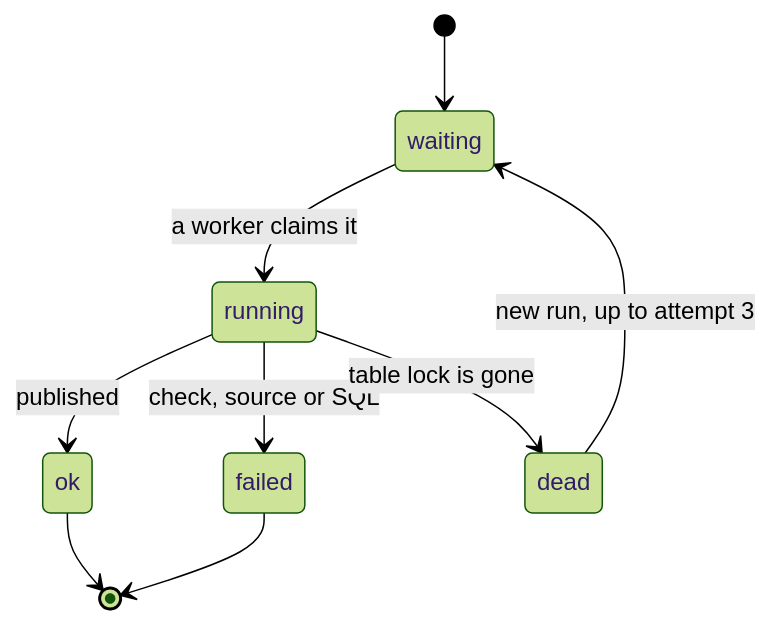
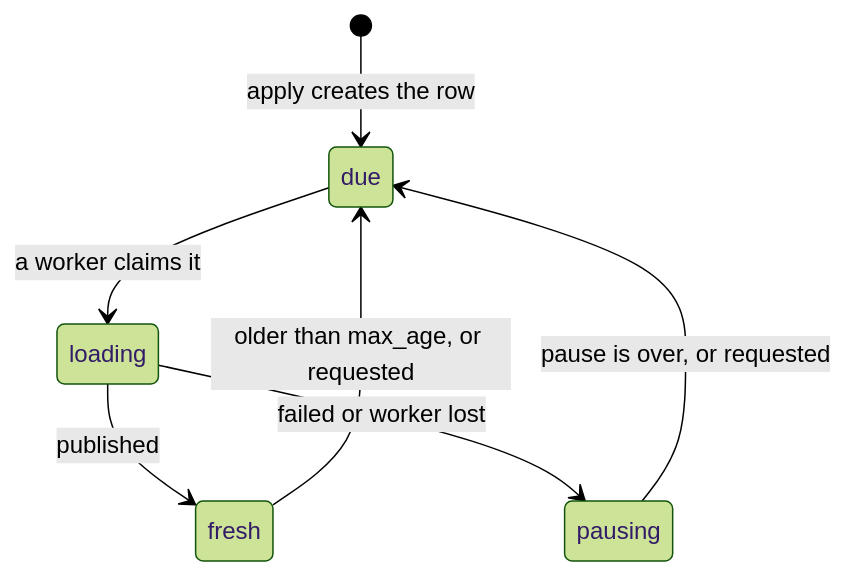
One commit to romanhaendler/rowvioli changed the fourth of 5 diagrams in README.md. Above: the diagram before and after it, drawn with Mermaid (forest theme). The commit also changed other lines of this file and 7 other files, not shown here.

First line of the commit message:
Replace orders and scheduler with a maximum age per table

````diff
--- a/README.md
+++ b/README.md
@@ -297,11 +393,9 @@
 ```mermaid
 stateDiagram-v2
-    [*] --> waiting
-    waiting --> running: a worker claims it
-    running --> ok: published
-    running --> failed: check, source or SQL
-    running --> dead: table lock is gone
-    dead --> waiting: new run, up to attempt 3
-    ok --> [*]
-    failed --> [*]
+    [*] --> due: apply creates the row
+    due --> loading: a worker claims it
+    loading --> fresh: published
+    loading --> pausing: failed or worker lost
+    fresh --> due: older than max_age, or requested
+    pausing --> due: pause is over, or requested
 ```
````
